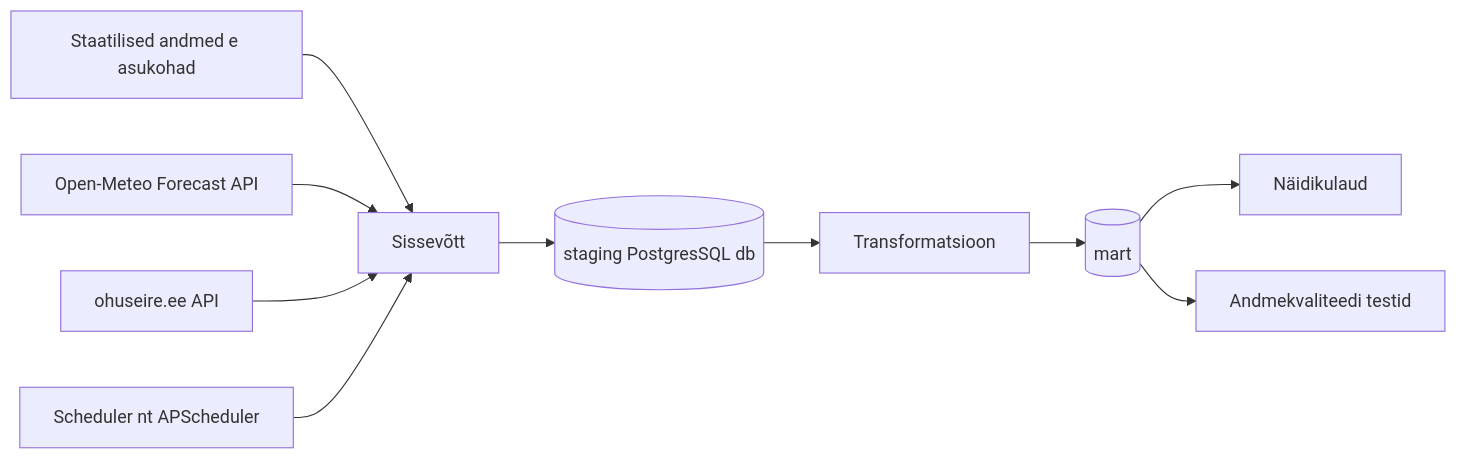
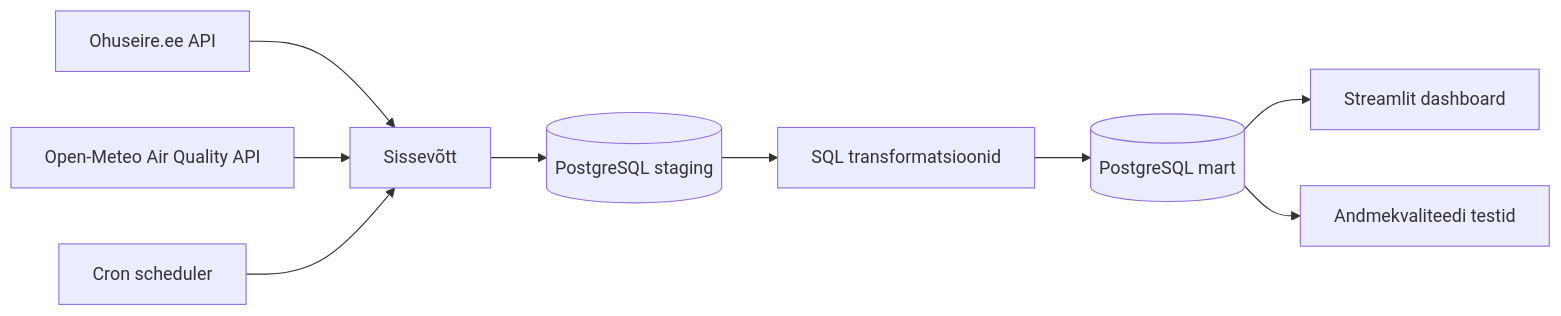
The diagram in docs/arhitektuur.md (annaliisah/projektitoo_ohukvaliteedi_vordlus), drawn with Mermaid before and after one commit. The commit also changed other lines of this file, not shown here.

Commit message:
Update data flow diagram and terminology in architecture

````diff
--- a/docs/arhitektuur.md
+++ b/docs/arhitektuur.md
@@ -83,12 +83,11 @@
 ```mermaid
 flowchart LR
-    source3[Staatilised andmed e asukohad] --> ingest
-    source2[Open-Meteo Forecast API] --> ingest
-    source[ohuseire.ee API] --> ingest[Sissevõtt]
-    ingest --> staging[(staging PostgresSQL db)]
-    staging --> transform[Transformatsioon]
-    transform --> mart[(mart)]
-    mart --> dashboard[Näidikulaud]
+    ohuseire[Ohuseire.ee API] --> ingest[Sissevõtt]
+    openmeteo[Open-Meteo Air Quality API] --> ingest
+    ingest --> staging[(PostgreSQL staging)]
+    staging --> transform[SQL transformatsioonid]
+    transform --> mart[(PostgreSQL mart)]
+    mart --> dashboard[Streamlit dashboard]
     mart --> quality[Andmekvaliteedi testid]
-    scheduler[Scheduler nt APScheduler ] --> ingest
+    scheduler[Cron scheduler] --> ingest
 ```
````
